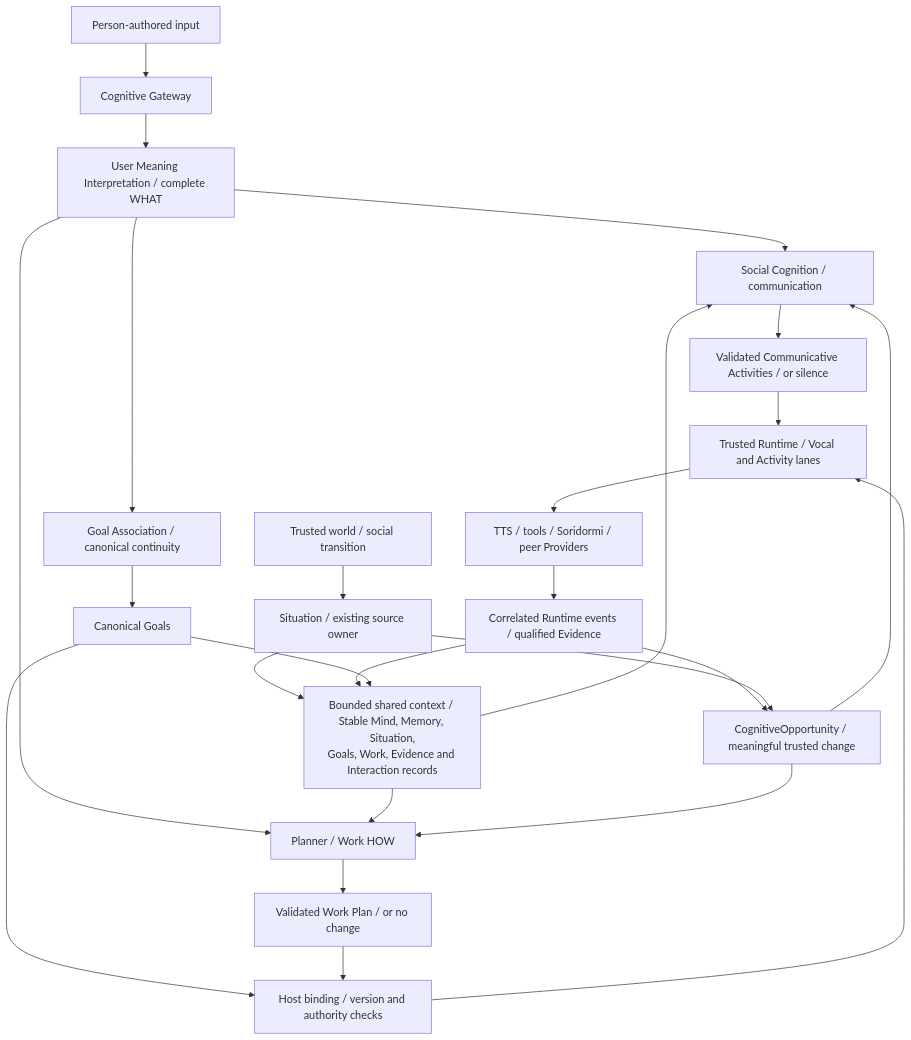
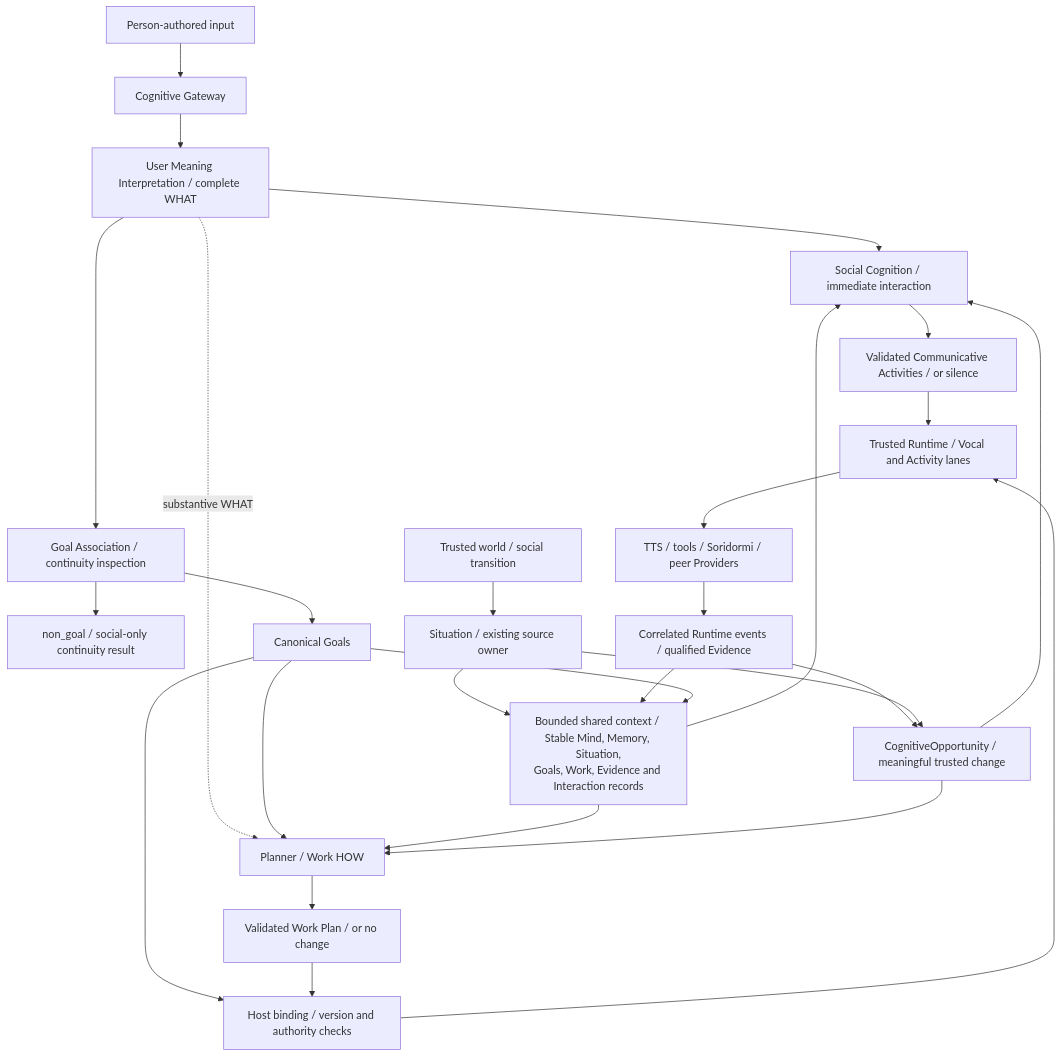
Before and after one commit to TimeTreker/chromie: the first of 2 diagrams in docs/PROJECT_CHARTER.md, drawn with Mermaid. The commit also changed other lines of this file and 17 other files, not shown here.

Commit message:
fix(cognition): gate planner readiness through UMI and GA

````diff
--- a/docs/PROJECT_CHARTER.md
+++ b/docs/PROJECT_CHARTER.md
@@ -446,27 +457,29 @@
 ```mermaid
 flowchart TD
     U["Person-authored input"] --> GW["Cognitive Gateway"]
     GW --> UMI["User Meaning Interpretation / complete WHAT"]
-    UMI --> SC["Social Cognition / communication"]
-    UMI --> P["Planner / Work HOW"]
-    UMI --> GA["Goal Association / canonical continuity"]
+    UMI --> SC["Social Cognition / immediate interaction"]
+    UMI --> GA["Goal Association / continuity inspection"]
+    UMI -. substantive WHAT .-> P["Planner / Work HOW"]
+    GA --> NG["non_goal / social-only continuity result"]
     GA --> G["Canonical Goals"]
+    G --> P
     WORLD["Trusted world / social transition"] --> SIT["Situation / existing source owner"]
     SIT --> ST
     ST["Bounded shared context / Stable Mind, Memory, Situation,<br/>Goals, Work, Evidence and Interaction records"] --> SC
     ST --> P
     SC --> CA["Validated Communicative Activities / or silence"]
     P --> WP["Validated Work Plan / or no change"]
     G --> B["Host binding / version and authority checks"]
     WP --> B
     CA --> RT["Trusted Runtime / Vocal and Activity lanes"]
     B --> RT
     RT --> PR["TTS / tools / Soridormi / peer Providers"]
     PR --> EV["Correlated Runtime events / qualified Evidence"]
     EV --> ST
     G --> ST
     EV --> O["CognitiveOpportunity / meaningful trusted change"]
     SIT --> O
     O --> SC
     O --> P
 ```
````
